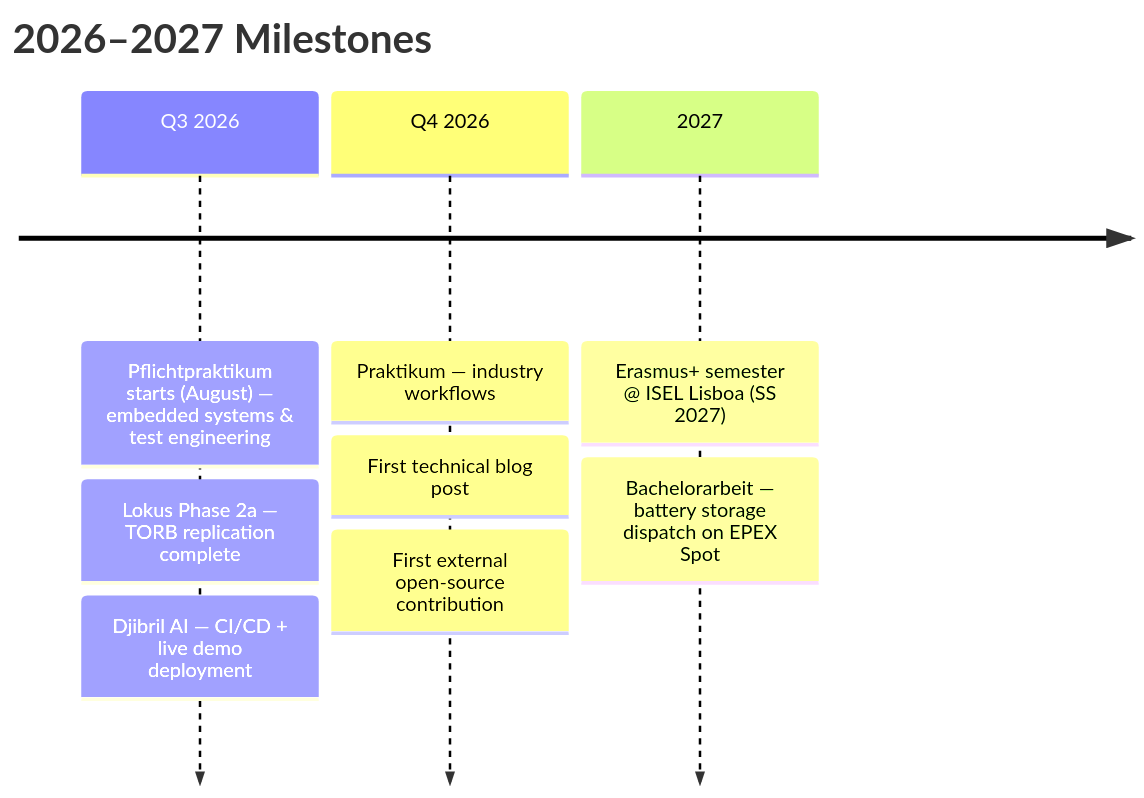
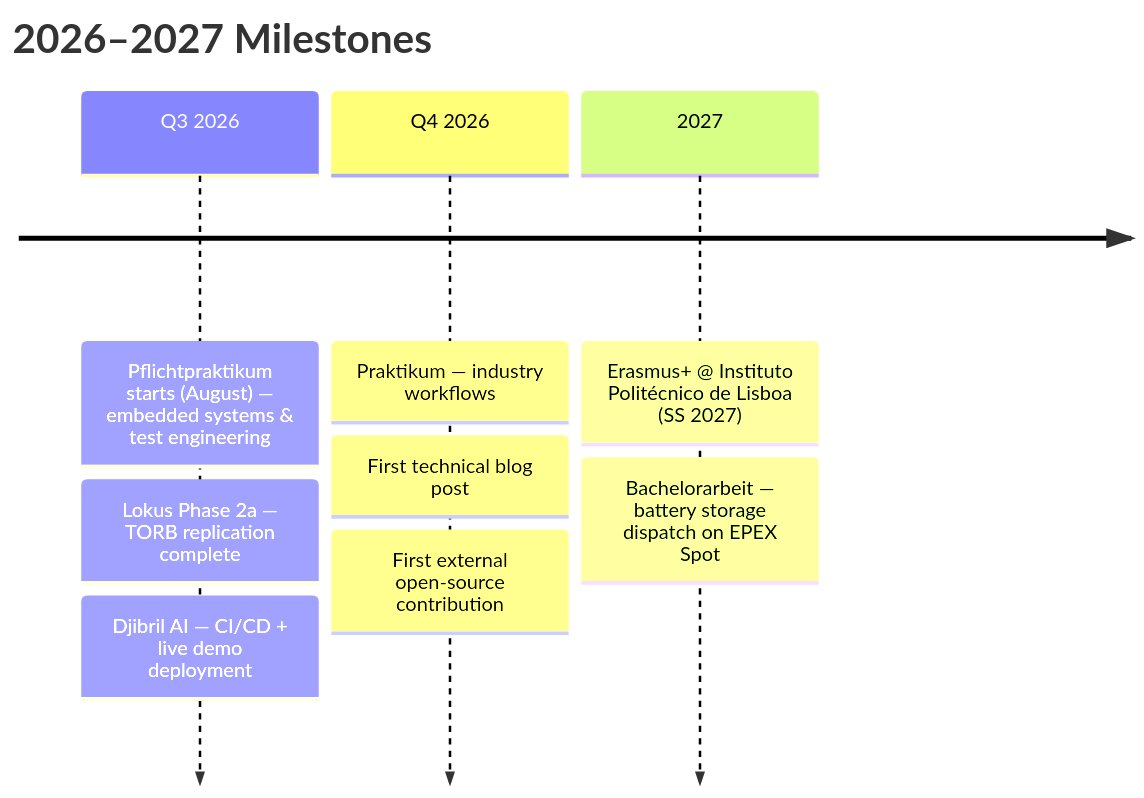
The diagram in README.md (e49nana/e49nana), drawn with Mermaid before and after one commit. The commit also changed other lines of this file, not shown here.

Commit message:
docs: update profile — Praktikum Aug 2026, Lokus research, Erasmus Lisboa, H2 roadmap

````diff
--- a/README.md
+++ b/README.md
@@ -120,12 +120,12 @@
 ```mermaid
 timeline
     title 2026–2027 Milestones
     Q3 2026 : Pflichtpraktikum starts (August) — embedded systems & test engineering
             : Lokus Phase 2a — TORB replication complete
             : Djibril AI — CI/CD + live demo deployment
     Q4 2026 : Praktikum — industry workflows
             : First technical blog post
             : First external open-source contribution
-    2027    : Erasmus+ semester @ ISEL Lisboa (SS 2027)
+    2027    : Erasmus+ @ Instituto Politécnico de Lisboa (SS 2027)
             : Bachelorarbeit — battery storage dispatch on EPEX Spot
 ```
````
